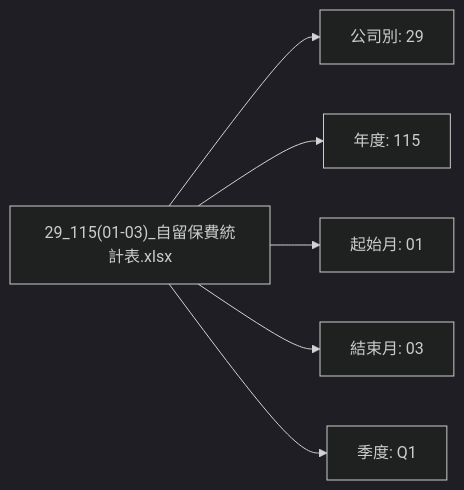
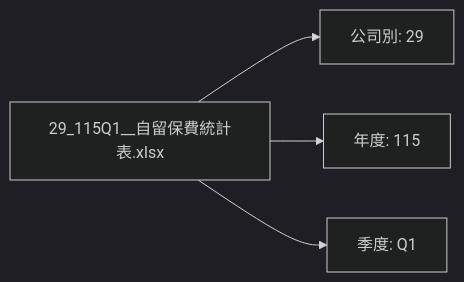
One commit to seawaterfoods/retained-premium-report-transformer changed the first of 5 diagrams in docs/07-輸入輸出規格.md. Above: the diagram before and after it, drawn with Mermaid (dark theme). The commit also changed other lines of this file and 12 other files, not shown here.

````diff
--- a/docs/07-輸入輸出規格.md
+++ b/docs/07-輸入輸出規格.md
@@ -15,9 +15,7 @@
 ```mermaid
 graph LR
-    FN["29_115(01-03)_自留保費統計表.xlsx"]
+    FN["29_115Q1__自留保費統計表.xlsx"]
     FN --> C["公司別: 29"]
     FN --> Y["年度: 115"]
-    FN --> SM["起始月: 01"]
-    FN --> EM["結束月: 03"]
     FN --> Q["季度: Q1"]
 ```
````
